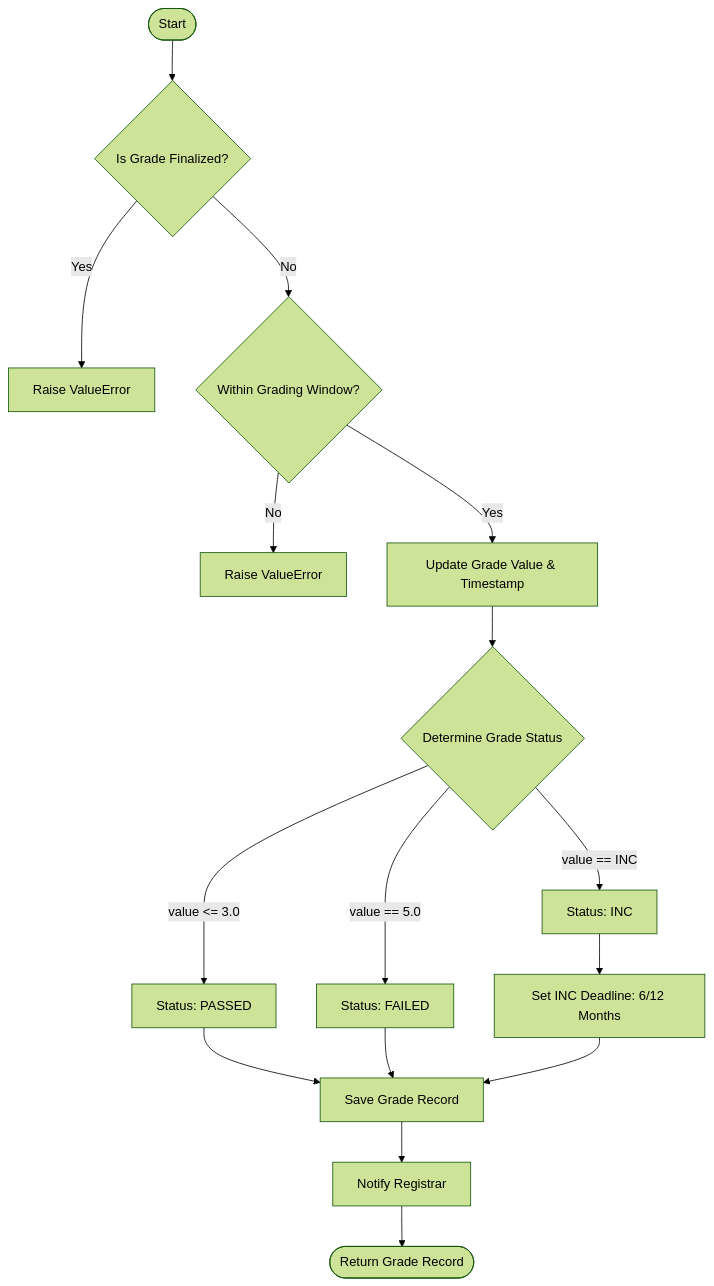
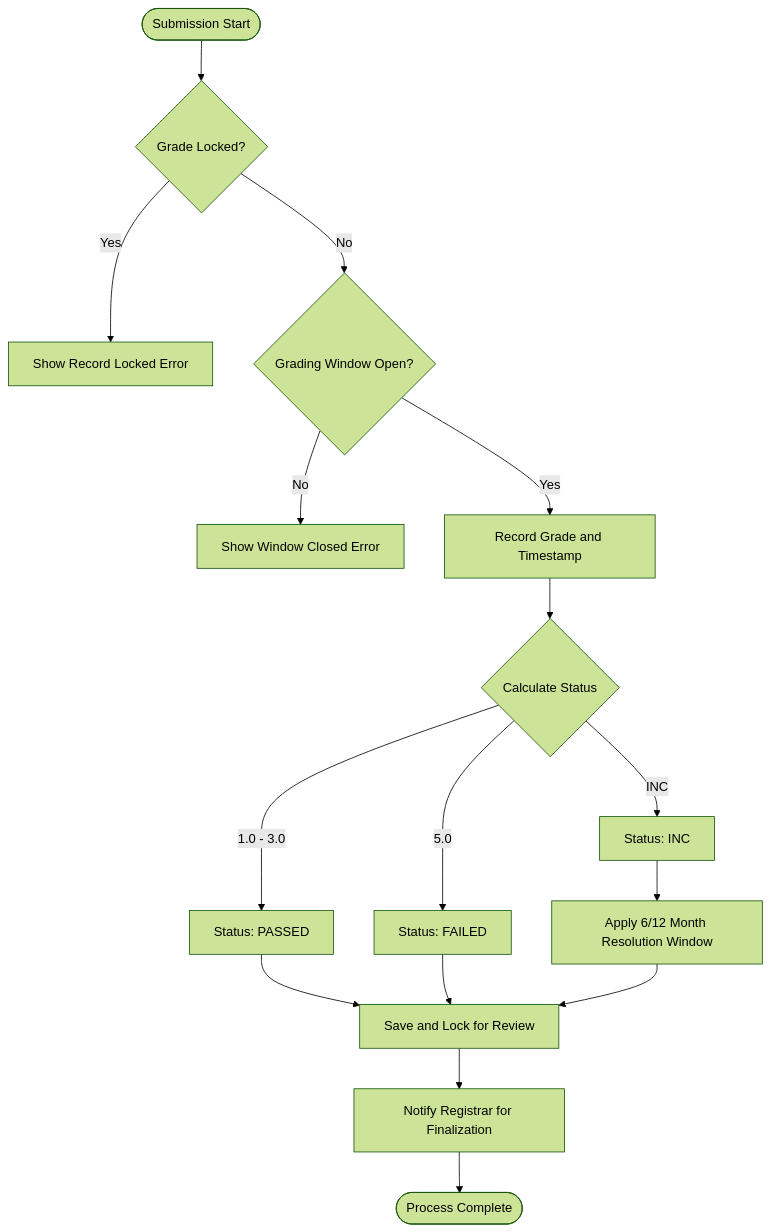
One commit to property360-2/richwell-potal changed the diagram in docs/flowcharts/submit-final-grade.md. Above: the diagram before and after it, drawn with Mermaid (forest theme). The commit also changed other lines of this file and 18 other files, not shown here.

Commit message:
added more flowcharts

````diff
--- a/docs/flowcharts/submit-final-grade.md
+++ b/docs/flowcharts/submit-final-grade.md
@@ -3,23 +5,23 @@
 ```mermaid
 graph TD
-    Start([Start]) --> LockCheck{Is Grade Finalized?}
-    LockCheck -- "Yes" --> RaiseLockError[Raise ValueError]
-    LockCheck -- "No" --> WindowCheck{Within Grading Window?}
+    Start([Submission Start]) --> Finalized{Grade Locked?}
+    Finalized -- "Yes" --> LockError[Show Record Locked Error]
+    Finalized -- "No" --> WindowCheck{Grading Window Open?}
     
-    WindowCheck -- "No" --> RaiseWindowError[Raise ValueError]
-    WindowCheck -- "Yes" --> SetGrade[Update Grade Value & Timestamp]
+    WindowCheck -- "No" --> WindowError[Show Window Closed Error]
+    WindowCheck -- "Yes" --> UpdateRecord[Record Grade and Timestamp]
     
-    SetGrade --> StatusLogic{Determine Grade Status}
-    StatusLogic -- "value <= 3.0" --> Passed[Status: PASSED]
-    StatusLogic -- "value == 5.0" --> Failed[Status: FAILED]
-    StatusLogic -- "value == INC" --> INC[Status: INC]
+    UpdateRecord --> GradingScale{Calculate Status}
+    GradingScale -- "1.0 - 3.0" --> Passed[Status: PASSED]
+    GradingScale -- "5.0" --> Failed[Status: FAILED]
+    GradingScale -- "INC" --> Incomplete[Status: INC]
     
-    INC --> SetDeadline[Set INC Deadline: 6/12 Months]
+    Incomplete --> CalcDeadline[Apply 6/12 Month Resolution Window]
     
-    Passed --> Save[Save Grade Record]
+    Passed --> Save[Save and Lock for Review]
     Failed --> Save
-    SetDeadline --> Save
+    CalcDeadline --> Save
     
-    Save --> NotifyRegistrar[Notify Registrar]
-    NotifyRegistrar --> End([Return Grade Record])
+    Save --> Notify[Notify Registrar for Finalization]
+    Notify --> End([Process Complete])
 ```
````
